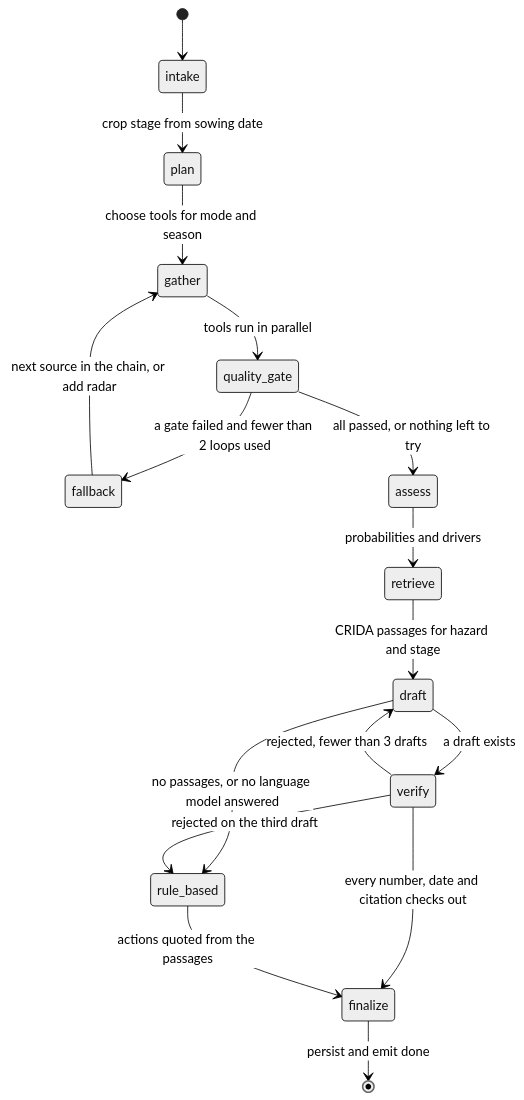
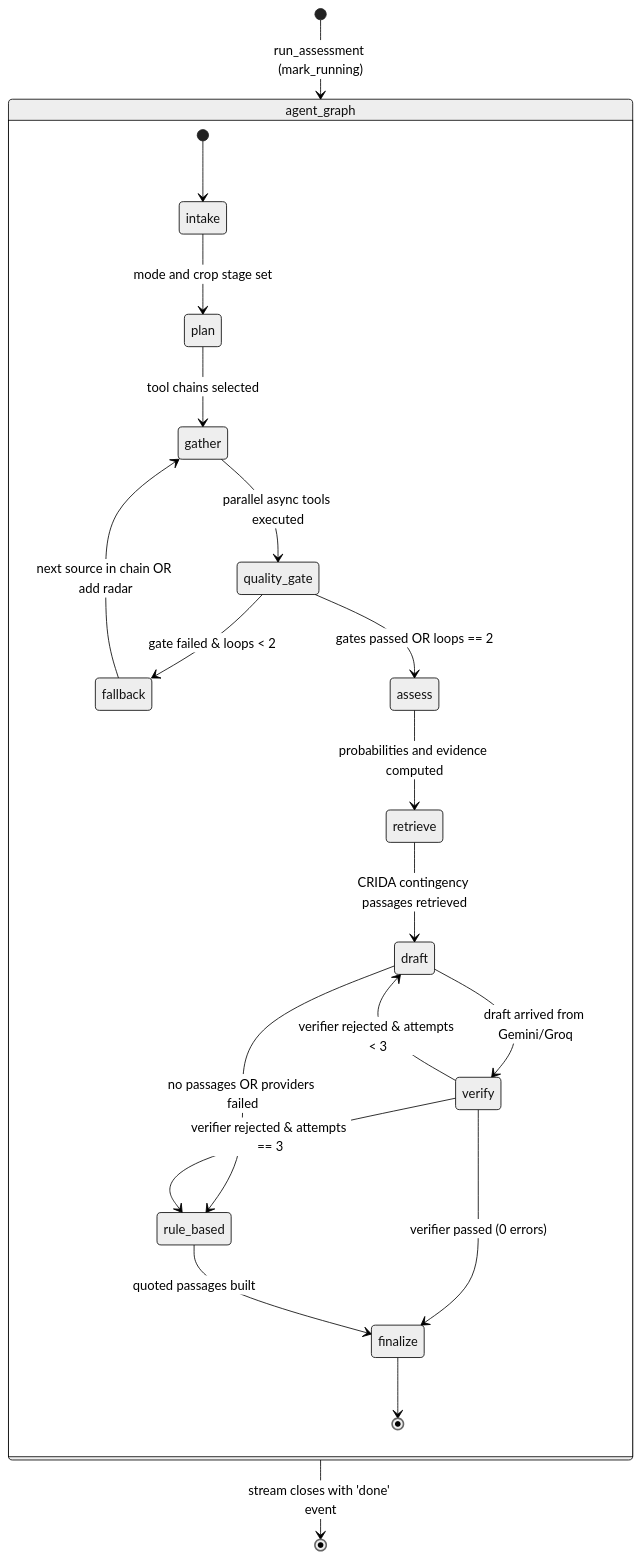
Before and after one commit to ZaroCoding/KhetiKavach: the seventh of 28 diagrams in README.md, drawn with Mermaid (neutral theme). The commit also changed other lines of this file and 18 other files, not shown here.

````diff
--- a/README.md
+++ b/README.md
@@ -262,19 +791,23 @@
 ```mermaid
 stateDiagram-v2
-  [*] --> intake
-  intake --> plan: crop stage from sowing date
-  plan --> gather: choose tools for mode and season
-  gather --> quality_gate: tools run in parallel
-  quality_gate --> fallback: a gate failed and fewer than 2 loops used
-  fallback --> gather: next source in the chain, or add radar
-  quality_gate --> assess: all passed, or nothing left to try
-  assess --> retrieve: probabilities and drivers
-  retrieve --> draft: CRIDA passages for hazard and stage
-  draft --> verify: a draft exists
-  draft --> rule_based: no passages, or no language model answered
-  verify --> finalize: every number, date and citation checks out
-  verify --> draft: rejected, fewer than 3 drafts
-  verify --> rule_based: rejected on the third draft
-  rule_based --> finalize: actions quoted from the passages
-  finalize --> [*]: persist and emit done
+  [*] --> agent_graph: run_assessment (mark_running)
+  state agent_graph {
+    [*] --> intake
+    intake --> plan: mode and crop stage set
+    plan --> gather: tool chains selected
+    gather --> quality_gate: parallel async tools executed
+    quality_gate --> fallback: gate failed & loops < 2
+    quality_gate --> assess: gates passed OR loops == 2
+    fallback --> gather: next source in chain OR add radar
+    assess --> retrieve: probabilities and evidence computed
+    retrieve --> draft: CRIDA contingency passages retrieved
+    draft --> verify: draft arrived from Gemini/Groq
+    draft --> rule_based: no passages OR providers failed
+    verify --> finalize: verifier passed (0 errors)
+    verify --> draft: verifier rejected & attempts < 3
+    verify --> rule_based: verifier rejected & attempts == 3
+    rule_based --> finalize: quoted passages built
+    finalize --> [*]
+  }
+  agent_graph --> [*]: stream closes with 'done' event
 ```
````
